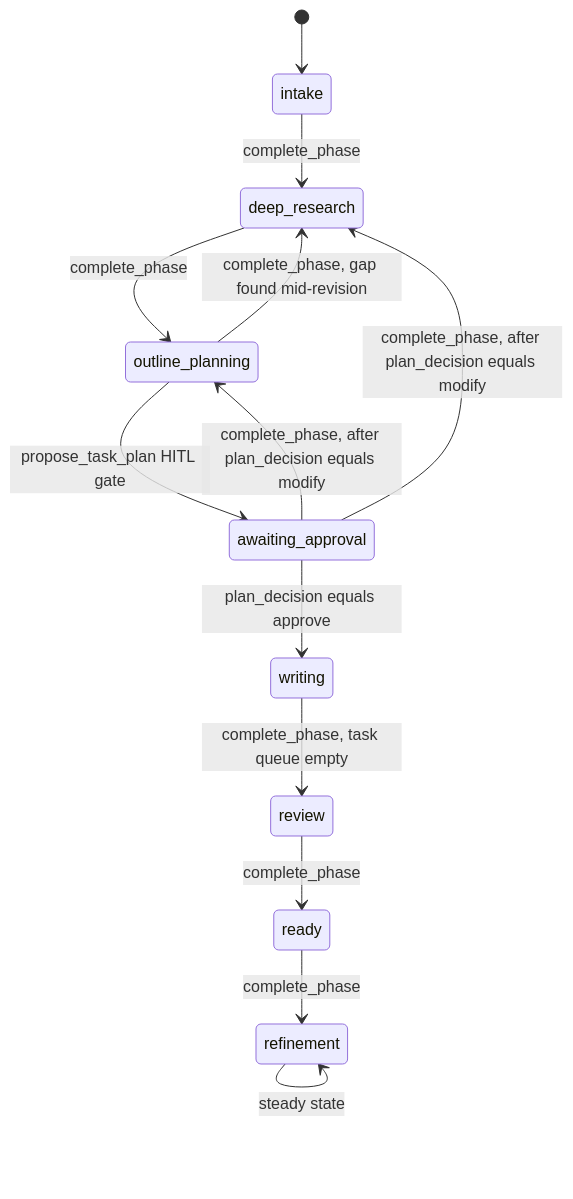
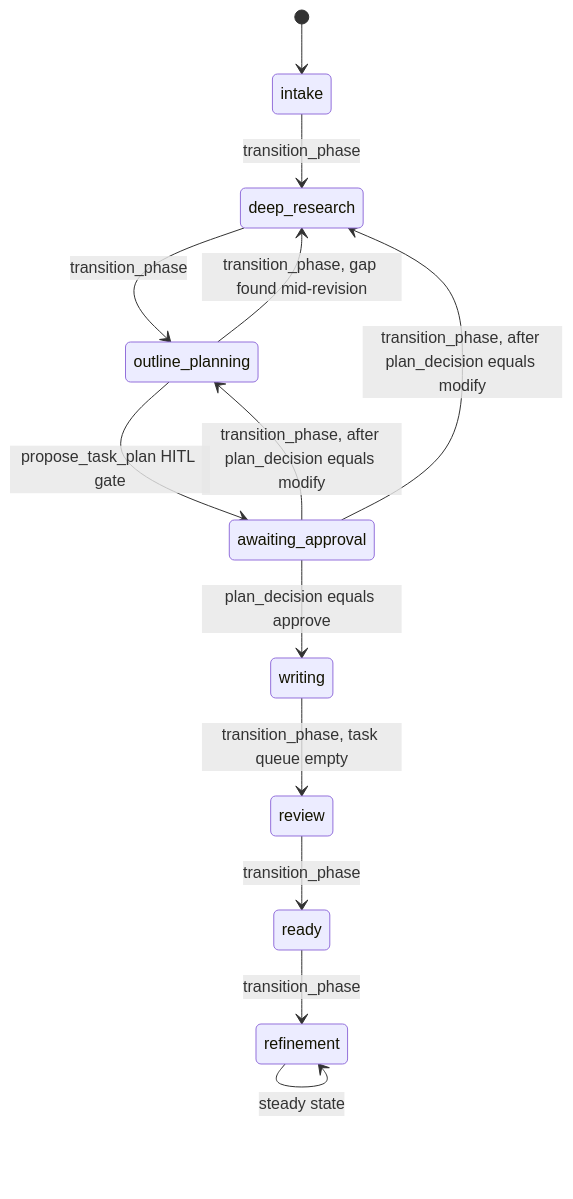
The diagram in docs/guides/agent-system.md (jian-li1/interview-craft), drawn with Mermaid before and after one commit. The commit also changed other lines of this file and 20 other files, not shown here.

````diff
--- a/docs/guides/agent-system.md
+++ b/docs/guides/agent-system.md
@@ -35,15 +35,15 @@
 ```mermaid
 stateDiagram-v2
     [*] --> intake
-    intake --> deep_research: complete_phase
-    deep_research --> outline_planning: complete_phase
+    intake --> deep_research: transition_phase
+    deep_research --> outline_planning: transition_phase
     outline_planning --> awaiting_approval: propose_task_plan HITL gate
-    outline_planning --> deep_research: complete_phase, gap found mid-revision
+    outline_planning --> deep_research: transition_phase, gap found mid-revision
     awaiting_approval --> writing: plan_decision equals approve
-    awaiting_approval --> outline_planning: complete_phase, after plan_decision equals modify
-    awaiting_approval --> deep_research: complete_phase, after plan_decision equals modify
-    writing --> review: complete_phase, task queue empty
-    review --> ready: complete_phase
-    ready --> refinement: complete_phase
+    awaiting_approval --> outline_planning: transition_phase, after plan_decision equals modify
+    awaiting_approval --> deep_research: transition_phase, after plan_decision equals modify
+    writing --> review: transition_phase, task queue empty
+    review --> ready: transition_phase
+    ready --> refinement: transition_phase
     refinement --> refinement: steady state
 ```
````
